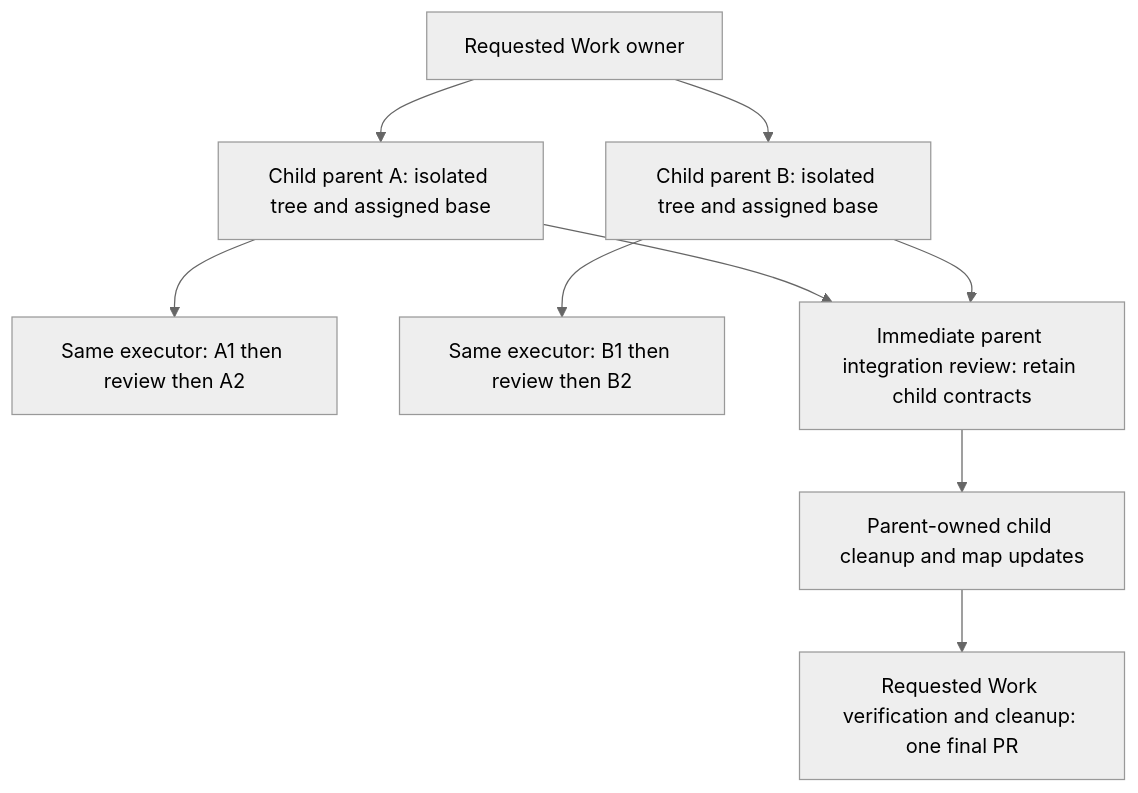
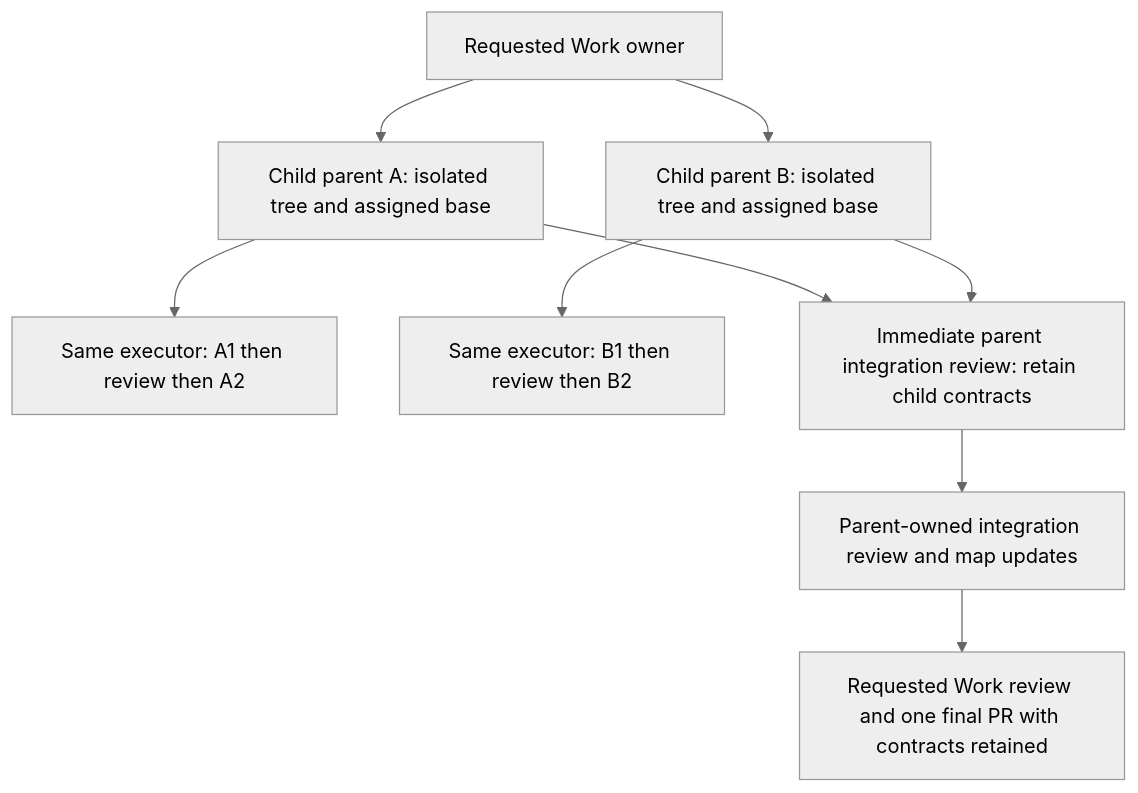
One commit to msitarz/ataraxia changed the diagram in doc/orchestrator.md. Above: the diagram before and after it, drawn with Mermaid (neutral theme). The commit also changed other lines of this file and 15 other files, not shown here.

Commit message:
docs: retain Work contracts through merge

````diff
--- a/doc/orchestrator.md
+++ b/doc/orchestrator.md
@@ -66,11 +66,11 @@
 ```mermaid
 flowchart TD
     T[Requested Work owner] --> A[Child parent A: isolated tree and assigned base]
     T --> B[Child parent B: isolated tree and assigned base]
     A --> EA[Same executor: A1 then review then A2]
     B --> EB[Same executor: B1 then review then B2]
     A --> I[Immediate parent integration review: retain child contracts]
     B --> I
-    I --> C[Parent-owned child cleanup and map updates]
-    C --> P[Requested Work verification and cleanup: one final PR]
+    I --> C[Parent-owned integration review and map updates]
+    C --> P[Requested Work review and one final PR with contracts retained]
 ```
````
